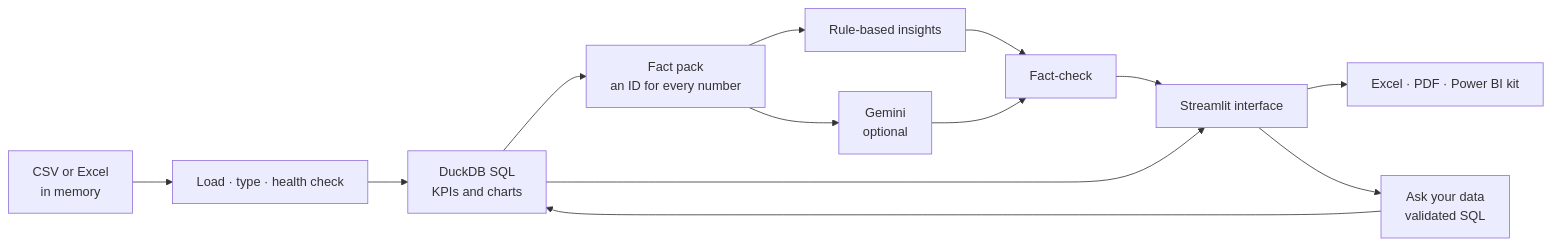
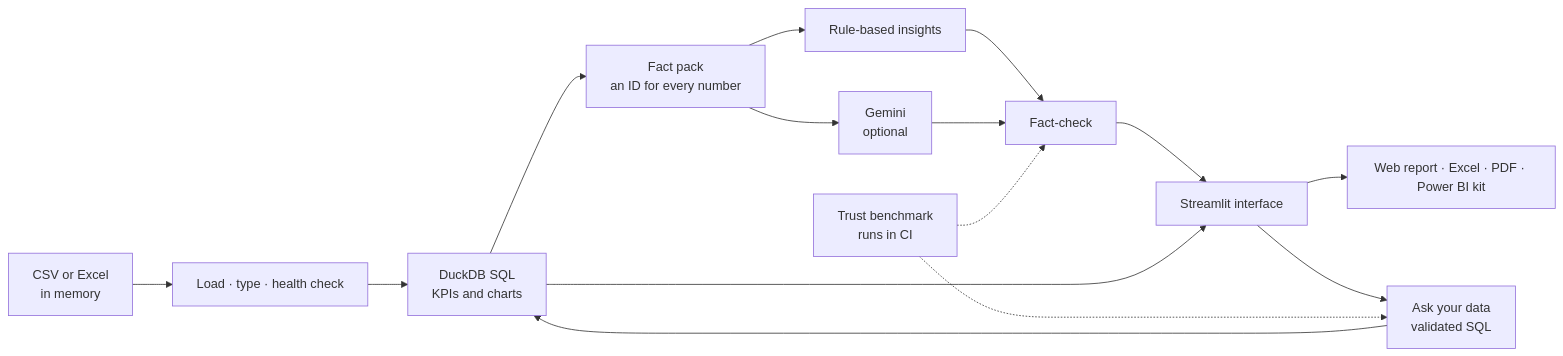
The diagram in README.md (DQuanBui/Veridash), drawn with Mermaid before and after one commit. The commit also changed other lines of this file and 3 other files, not shown here.

First line of the commit message:
docs(readme): publish the trust benchmark scores and the web report

````diff
--- a/README.md
+++ b/README.md
@@ -142,15 +152,17 @@
 ```mermaid
 flowchart LR
     A[CSV or Excel<br/>in memory] --> B[Load · type · health check]
     B --> C[DuckDB SQL<br/>KPIs and charts]
     C --> D[Fact pack<br/>an ID for every number]
     D --> E[Rule-based insights]
     D --> F[Gemini<br/>optional]
     E --> G[Fact-check]
     F --> G
     G --> H[Streamlit interface]
     C --> H
-    H --> I[Excel · PDF · Power BI kit]
+    H --> I[Web report · Excel · PDF · Power BI kit]
     H --> J[Ask your data<br/>validated SQL]
     J --> C
+    K[Trust benchmark<br/>runs in CI] -.-> G
+    K -.-> J
 ```
````
